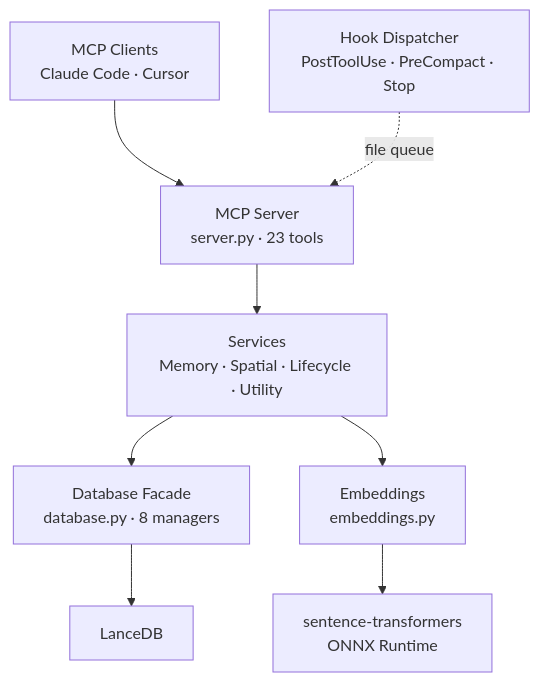
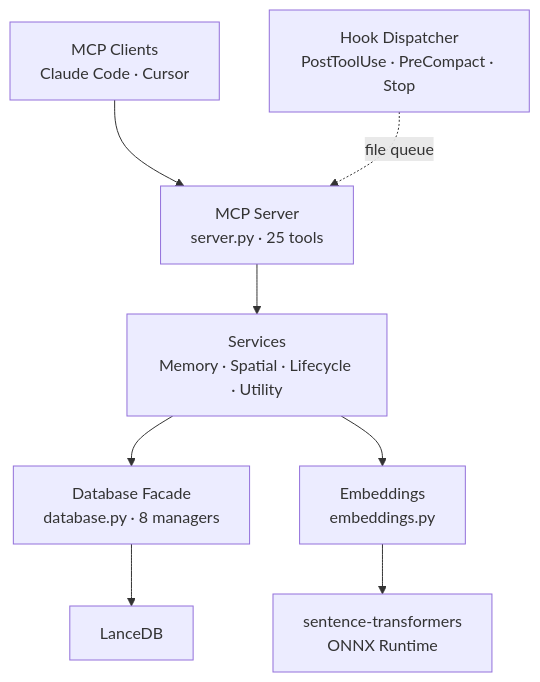
The diagram in README.md (arman-tech/spatial-memory-mcp), drawn with Mermaid before and after one commit. The commit also changed other lines of this file and 4 other files, not shown here.

````diff
--- a/README.md
+++ b/README.md
@@ -202,10 +232,10 @@
 ```mermaid
 graph TD
-    Client["MCP Clients<br>Claude Code · Cursor"] --> Server["MCP Server<br>server.py · 23 tools"]
+    Client["MCP Clients<br>Claude Code · Cursor"] --> Server["MCP Server<br>server.py · 25 tools"]
     Hooks["Hook Dispatcher<br>PostToolUse · PreCompact · Stop"] -.->|file queue| Server
     Server --> Services["Services<br>Memory · Spatial · Lifecycle · Utility"]
     Services --> DB["Database Facade<br>database.py · 8 managers"]
     Services --> Emb["Embeddings<br>embeddings.py"]
     DB --> Lance["LanceDB"]
     Emb --> ST["sentence-transformers<br>ONNX Runtime"]
 ```
````
